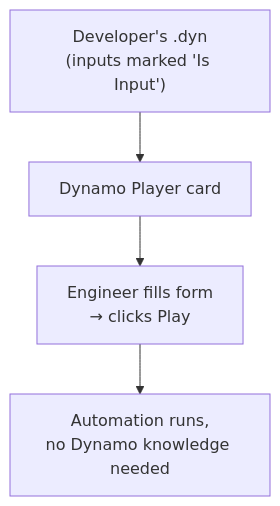
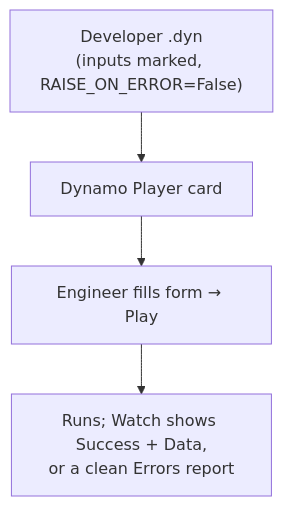
The third of 3 diagrams in docs/dev-env/dynamo-node-workflow.md (PrathamGitHub/dynamo-python-node-docs-v1), drawn with Mermaid before and after one commit. The commit also changed other lines of this file and 5 other files, not shown here.

First line of the commit message:
Refactor documentation to standardize results schema and improve context management examples

````diff
--- a/docs/dev-env/dynamo-node-workflow.md
+++ b/docs/dev-env/dynamo-node-workflow.md
@@ -149,6 +212,6 @@
 ```mermaid
 flowchart TD
-    DEV["Developer's .dyn<br/>(inputs marked 'Is Input')"] --> PLAYER["Dynamo Player card"]
-    PLAYER --> USER["Engineer fills form<br/>→ clicks Play"]
-    USER --> RESULT["Automation runs,<br/>no Dynamo knowledge needed"]
+    DEV["Developer .dyn<br/>(inputs marked, RAISE_ON_ERROR=False)"] --> PLAYER["Dynamo Player card"]
+    PLAYER --> USER["Engineer fills form → Play"]
+    USER --> RESULT["Runs; Watch shows Success + Data,<br/>or a clean Errors report"]
 ```
````
